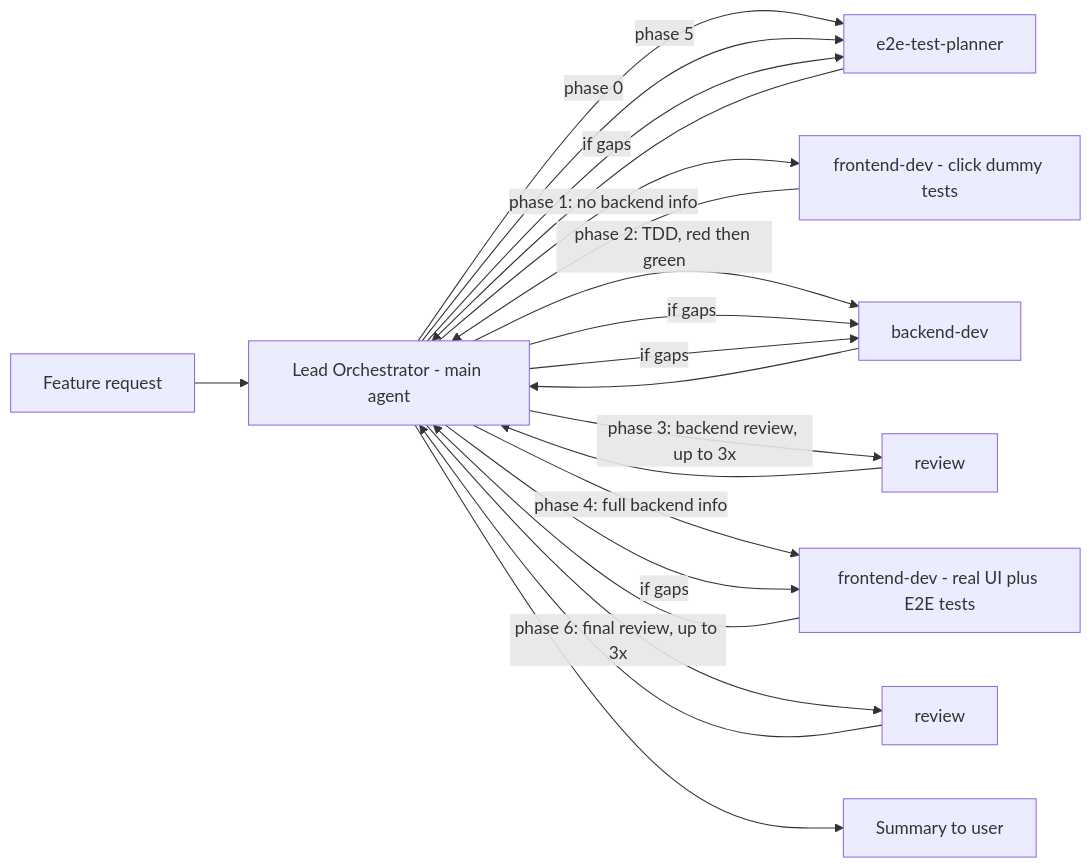
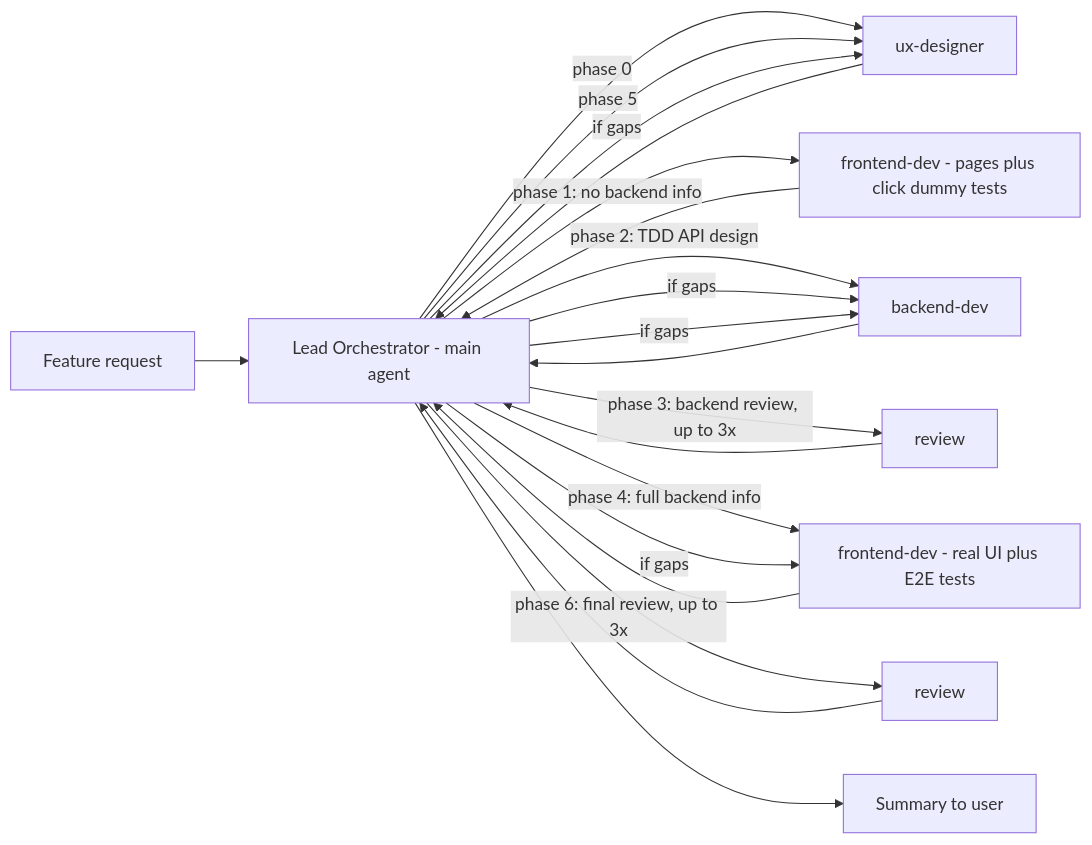
Before and after one commit to openknowledge/workshop-agentic-coding: the diagram in .opencode/agents/orchestrator.md, drawn with Mermaid. The commit also changed other lines of this file and 4 other files, not shown here.

````diff
--- a/.opencode/agents/orchestrator.md
+++ b/.opencode/agents/orchestrator.md
@@ -31,22 +31,22 @@
 ```mermaid
 graph LR
   U[Feature request] --> O[Lead Orchestrator - main agent]
-  O -->|phase 0| P[e2e-test-planner]
-  P --> O
-  O -->|phase 1: no backend info| F1[frontend-dev - click dummy tests]
+  O -->|phase 0| X[ux-designer]
+  X --> O
+  O -->|phase 1: no backend info| F1[frontend-dev - pages plus click dummy tests]
   F1 --> O
-  O -->|phase 2: TDD, red then green| B[backend-dev]
+  O -->|phase 2: TDD API design| B[backend-dev]
   B --> O
   O -->|phase 3: backend review, up to 3x| R1[review]
   R1 --> O
   O -->|if gaps| B
   O -->|phase 4: full backend info| F2[frontend-dev - real UI plus E2E tests]
   F2 --> O
-  O -->|phase 5| P
+  O -->|phase 5| X
   O -->|phase 6: final review, up to 3x| R2[review]
   R2 --> O
   O -->|if gaps| B
   O -->|if gaps| F2
-  O -->|if gaps| P
+  O -->|if gaps| X
   O --> U2[Summary to user]
 ```
````
